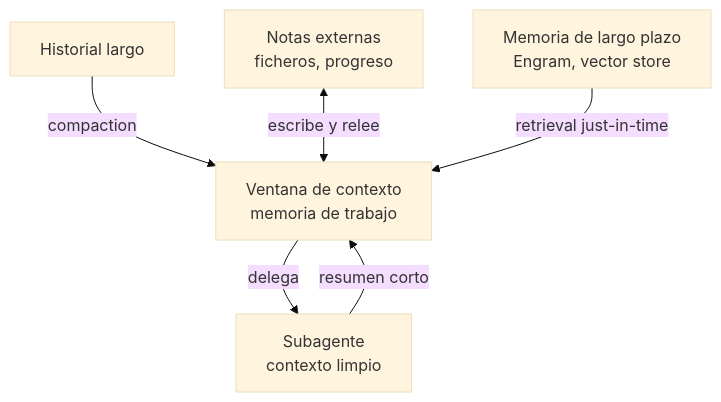
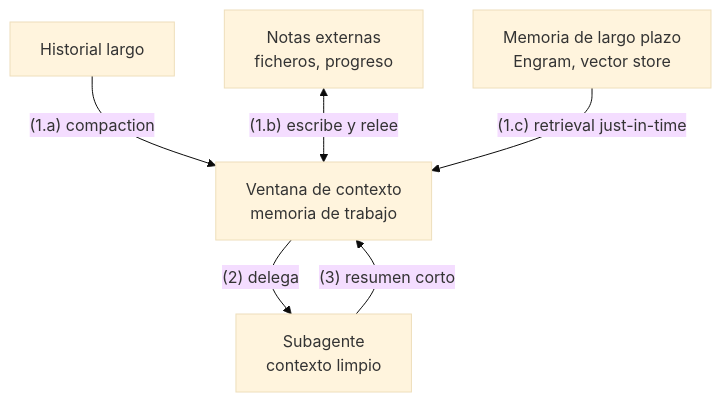
The tenth of 47 diagrams in md/Patrones aplicados al desarrollo de agentes.md (whinedo/ai-docs), drawn with Mermaid (base theme) before and after one commit. The commit also changed other lines of this file and 12 other files, not shown here.

````diff
--- a/md/Patrones aplicados al desarrollo de agentes.md
+++ b/md/Patrones aplicados al desarrollo de agentes.md
@@ -367,9 +485,9 @@
 ```mermaid
 flowchart TB
   CTX["Ventana de contexto<br/>memoria de trabajo"]
-  H["Historial largo"] -- "compaction" --> CTX
-  N["Notas externas<br/>ficheros, progreso"] <-- "escribe y relee" --> CTX
-  LT["Memoria de largo plazo<br/>Engram, vector store"] -- "retrieval just-in-time" --> CTX
-  CTX -- "delega" --> SA["Subagente<br/>contexto limpio"]
-  SA -- "resumen corto" --> CTX
+  H["Historial largo"] -- "(1.a) compaction" --> CTX
+  N["Notas externas<br/>ficheros, progreso"] <-- "(1.b) escribe y relee" --> CTX
+  LT["Memoria de largo plazo<br/>Engram, vector store"] -- "(1.c) retrieval just-in-time" --> CTX
+  CTX -- "(2) delega" --> SA["Subagente<br/>contexto limpio"]
+  SA -- "(3) resumen corto" --> CTX
 ```
````
